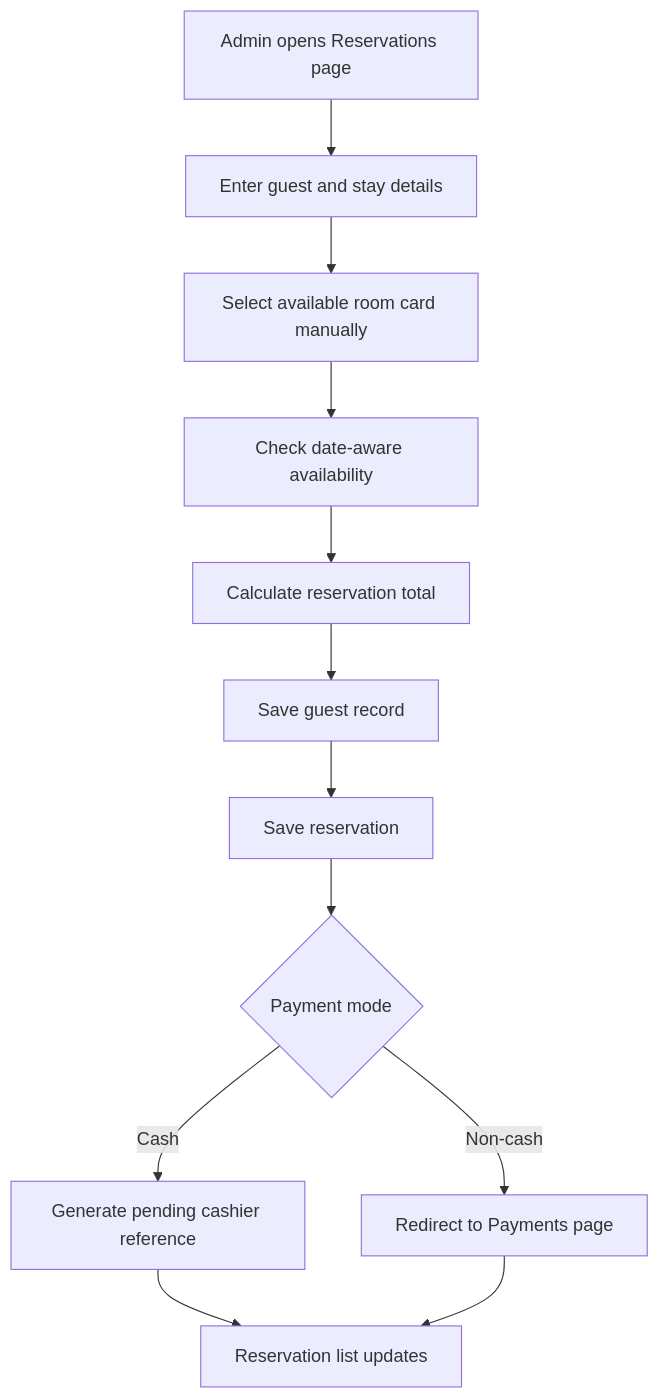
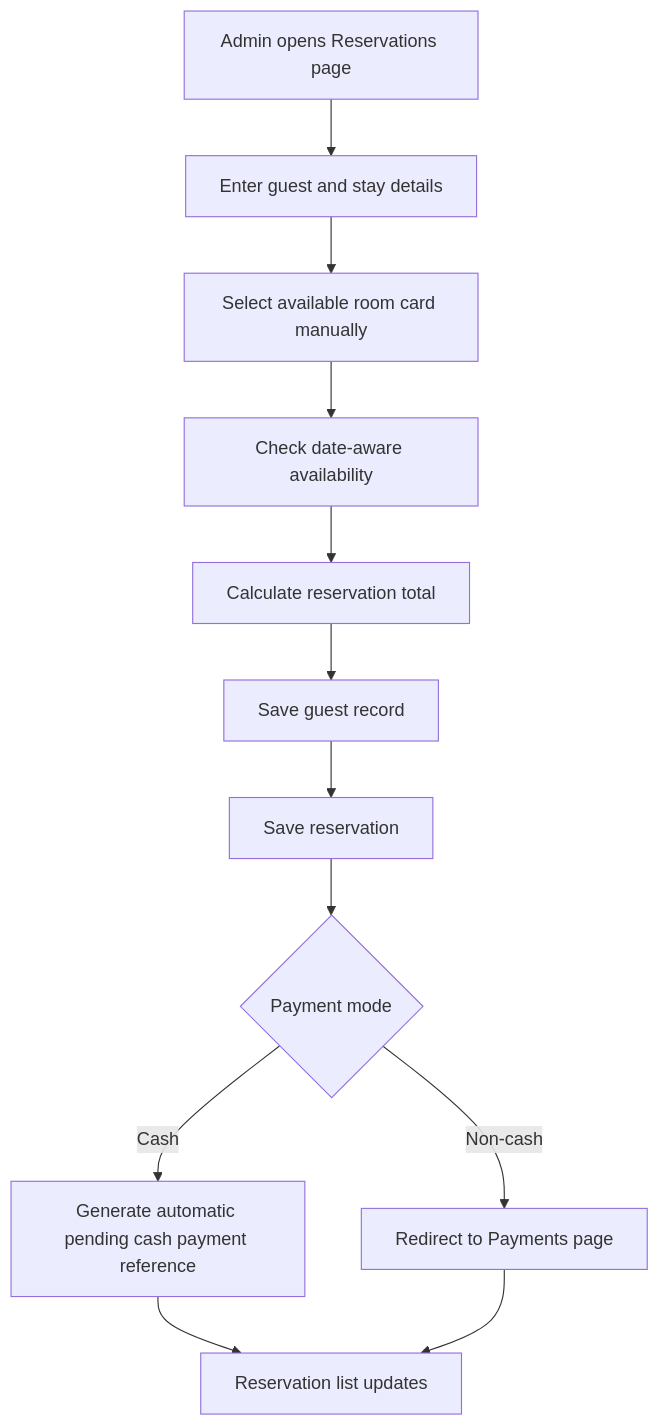
The seventh of 13 diagrams in docs/project-explanation-guide.md (WizardOfXerox/Emperor-Hotel), drawn with Mermaid before and after one commit. The commit also changed other lines of this file and 13 other files, not shown here.

Commit message:
Improve reservation actions and payment status flow

````diff
--- a/docs/project-explanation-guide.md
+++ b/docs/project-explanation-guide.md
@@ -577,14 +579,14 @@
 ```mermaid
 flowchart TD
     A[Admin opens Reservations page] --> B[Enter guest and stay details]
     B --> C[Select available room card manually]
     C --> D[Check date-aware availability]
     D --> E[Calculate reservation total]
     E --> F[Save guest record]
     F --> G[Save reservation]
     G --> H{Payment mode}
-    H -->|Cash| I[Generate pending cashier reference]
+    H -->|Cash| I[Generate automatic pending cash payment reference]
     H -->|Non-cash| J[Redirect to Payments page]
     I --> K[Reservation list updates]
     J --> K
 ```
````
